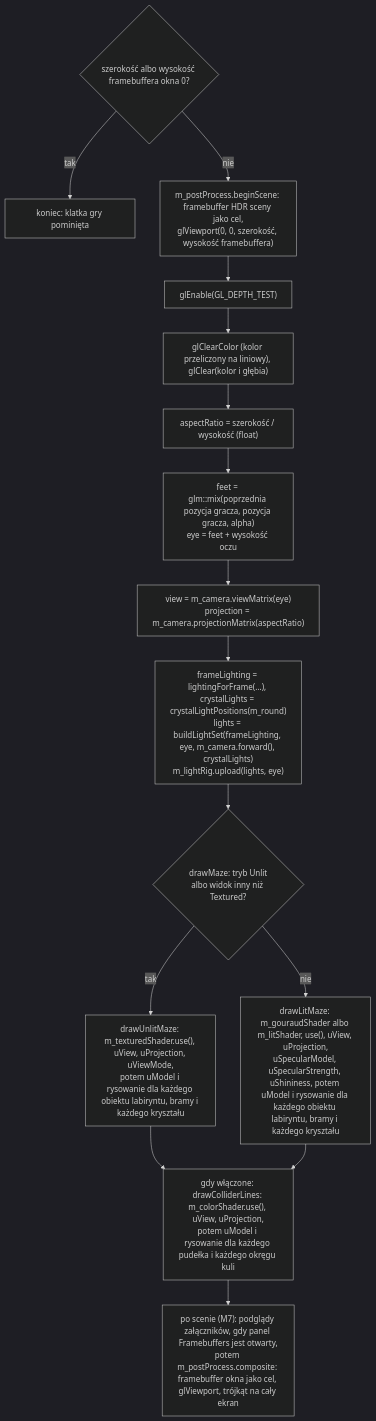
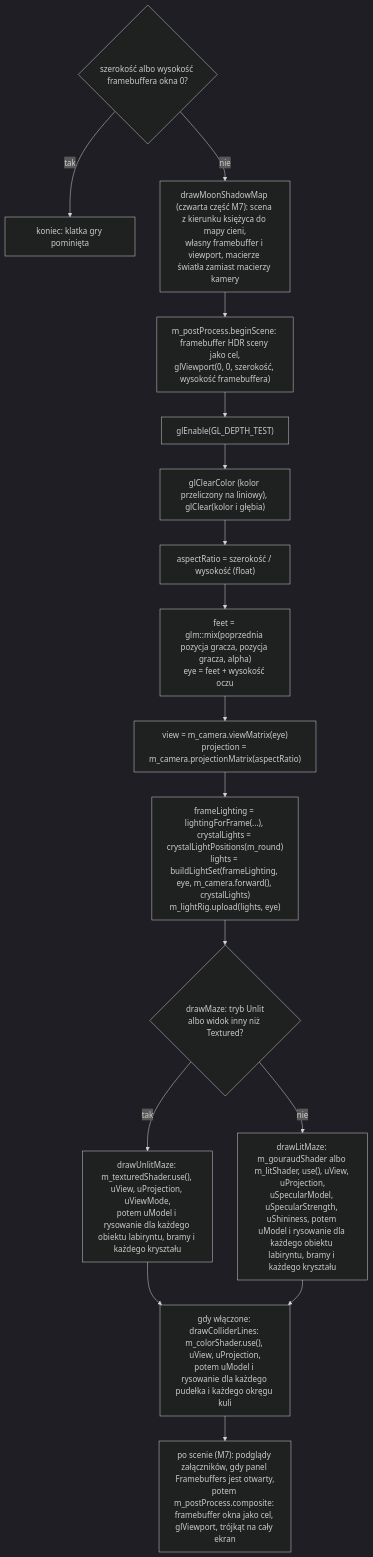
Before and after one commit to Shironex/night-maze: the diagram in docs/modules/scene/camera.md, drawn with Mermaid (dark theme). The commit also changed other lines of this file and 90 other files, not shown here.

Commit message:
feat(game): cast moon shadows with a shadow map, pcf and bias

````diff
--- a/docs/modules/scene/camera.md
+++ b/docs/modules/scene/camera.md
@@ -251,18 +251,19 @@
 ```mermaid
 flowchart TD
     D{"szerokość albo wysokość framebuffera okna 0?"}
     D -- tak --> End["koniec: klatka gry pominięta"]
-    D -- nie --> A["m_postProcess.beginScene: framebuffer HDR sceny jako cel,<br/>glViewport(0, 0, szerokość, wysokość framebuffera)"]
+    D -- nie --> SH["drawMoonShadowMap (czwarta część M7): scena z kierunku księżyca do mapy cieni,<br/>własny framebuffer i viewport, macierze światła zamiast macierzy kamery"]
+    SH --> A["m_postProcess.beginScene: framebuffer HDR sceny jako cel,<br/>glViewport(0, 0, szerokość, wysokość framebuffera)"]
     A --> B["glEnable(GL_DEPTH_TEST)"]
     B --> C["glClearColor (kolor przeliczony na liniowy), glClear(kolor i głębia)"]
     C --> E["aspectRatio = szerokość / wysokość (float)"]
     E --> X["feet = glm::mix(poprzednia pozycja gracza, pozycja gracza, alpha)<br/>eye = feet + wysokość oczu"]
     X --> V["view = m_camera.viewMatrix(eye)<br/>projection = m_camera.projectionMatrix(aspectRatio)"]
     V --> LS["frameLighting = lightingForFrame(...), crystalLights = crystalLightPositions(m_round)<br/>lights = buildLightSet(frameLighting, eye, m_camera.forward(), crystalLights)<br/>m_lightRig.upload(lights, eye)"]
     LS --> M{"drawMaze: tryb Unlit<br/>albo widok inny niż Textured?"}
     M -- tak --> MU["drawUnlitMaze: m_texturedShader.use(), uView, uProjection, uViewMode,<br/>potem uModel i rysowanie dla każdego obiektu labiryntu, bramy i każdego kryształu"]
     M -- nie --> ML["drawLitMaze: m_gouraudShader albo m_litShader, use(), uView, uProjection,<br/>uSpecularModel, uSpecularStrength, uShininess, potem uModel i rysowanie dla każdego obiektu labiryntu, bramy i każdego kryształu"]
     MU --> L["gdy włączone: drawColliderLines: m_colorShader.use(), uView, uProjection,<br/>potem uModel i rysowanie dla każdego pudełka i każdego okręgu kuli"]
     ML --> L
     L --> P["po scenie (M7): podglądy załączników, gdy panel Framebuffers jest otwarty,<br/>potem m_postProcess.composite: framebuffer okna jako cel, glViewport, trójkąt na cały ekran"]
 ```
````
